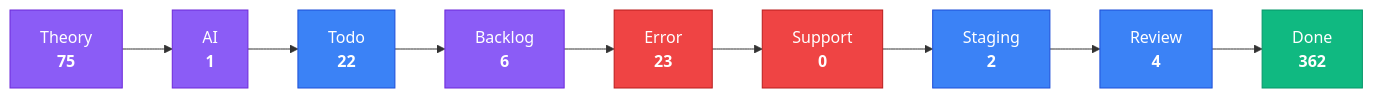
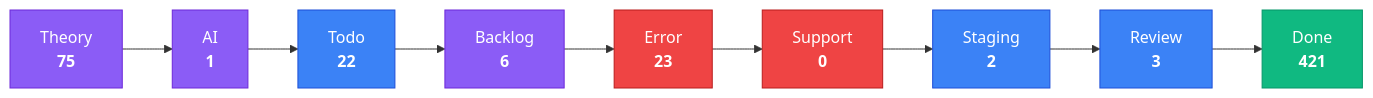
Before and after one commit to KBVE/kbve: the third of 4 diagrams in apps/kbve/astro-kbve/src/content/docs/dashboard/kanban-data.mdx, drawn with Mermaid. The commit also changed other lines of this file and 2 other files, not shown here.

````diff
--- a/apps/kbve/astro-kbve/src/content/docs/dashboard/kanban-data.mdx
+++ b/apps/kbve/astro-kbve/src/content/docs/dashboard/kanban-data.mdx
@@ -215,28 +215,28 @@
 ```mermaid
 flowchart LR
     classDef planning fill:#8b5cf6,stroke:#6d28d9,color:#fff
     classDef active fill:#3b82f6,stroke:#1d4ed8,color:#fff
     classDef blocked fill:#ef4444,stroke:#b91c1c,color:#fff
     classDef done fill:#10b981,stroke:#059669,color:#fff
     Theory["Theory<br/><strong>75</strong>"]
     Theory --> AI
     AI["AI<br/><strong>1</strong>"]
     AI --> Todo
     Todo["Todo<br/><strong>22</strong>"]
     Todo --> Backlog
     Backlog["Backlog<br/><strong>6</strong>"]
     Backlog --> Error
     Error["Error<br/><strong>23</strong>"]
     Error --> Support
     Support["Support<br/><strong>0</strong>"]
     Support --> Staging
     Staging["Staging<br/><strong>2</strong>"]
     Staging --> Review
-    Review["Review<br/><strong>4</strong>"]
+    Review["Review<br/><strong>3</strong>"]
     Review --> Done
-    Done["Done<br/><strong>362</strong>"]
+    Done["Done<br/><strong>421</strong>"]
     class Theory,AI,Backlog planning
     class Todo,Staging,Review active
     class Error,Support blocked
     class Done done
 ```
````
